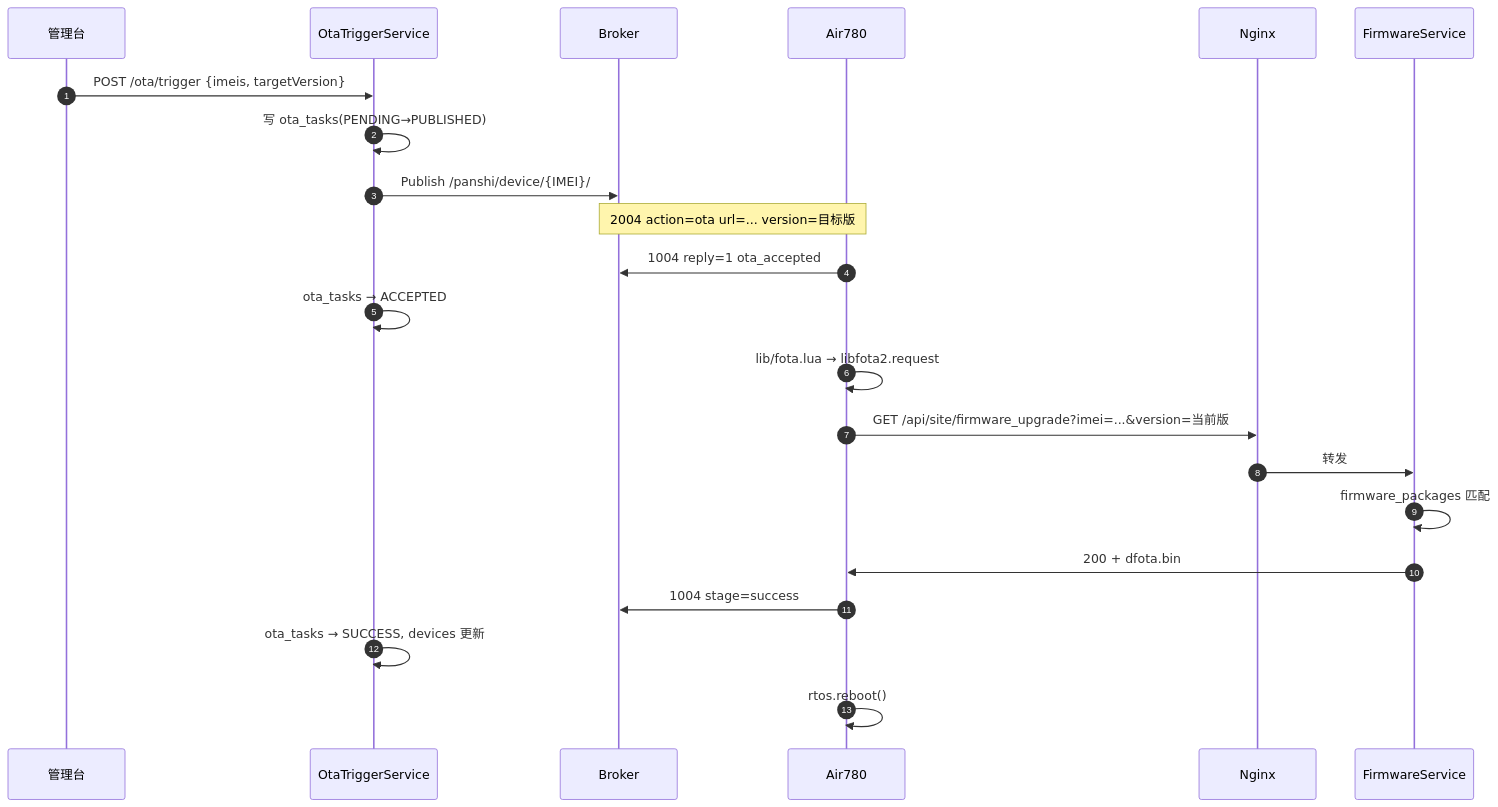
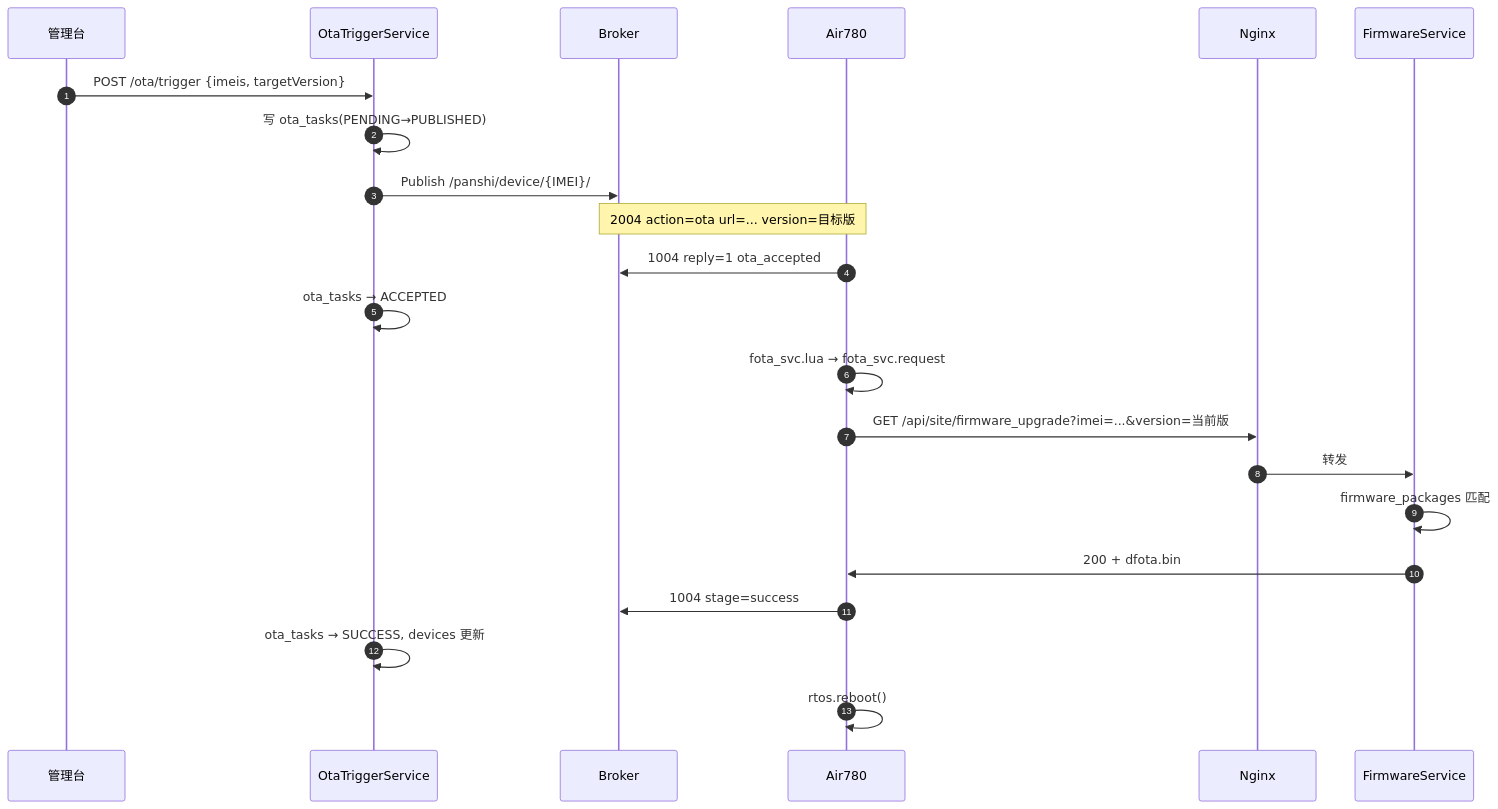
One commit to dzr1986/AIR780EHM changed the second of 2 diagrams in doc/OTA_FLOW.md. Above: the diagram before and after it, drawn with Mermaid. The commit also changed other lines of this file and 80 other files, not shown here.

````diff
--- a/doc/OTA_FLOW.md
+++ b/doc/OTA_FLOW.md
@@ -111,25 +111,25 @@
 ```mermaid
 sequenceDiagram
   autonumber
   participant Admin as 管理台
   participant OTS as OtaTriggerService
   participant MQTT as Broker
   participant Dev as Air780
   participant NG as Nginx
   participant FS as FirmwareService
 
   Admin->>OTS: POST /ota/trigger {imeis, targetVersion}
   OTS->>OTS: 写 ota_tasks(PENDING→PUBLISHED)
   OTS->>MQTT: Publish /panshi/device/{IMEI}/
   Note over MQTT,Dev: 2004 action=ota url=... version=目标版
   Dev->>MQTT: 1004 reply=1 ota_accepted
   OTS->>OTS: ota_tasks → ACCEPTED
-  Dev->>Dev: lib/fota.lua → libfota2.request
+  Dev->>Dev: fota_svc.lua → fota_svc.request
   Dev->>NG: GET /api/site/firmware_upgrade?imei=...&version=当前版
   NG->>FS: 转发
   FS->>FS: firmware_packages 匹配
   FS->>Dev: 200 + dfota.bin
   Dev->>MQTT: 1004 stage=success
   OTS->>OTS: ota_tasks → SUCCESS, devices 更新
   Dev->>Dev: rtos.reboot()
 ```
````
